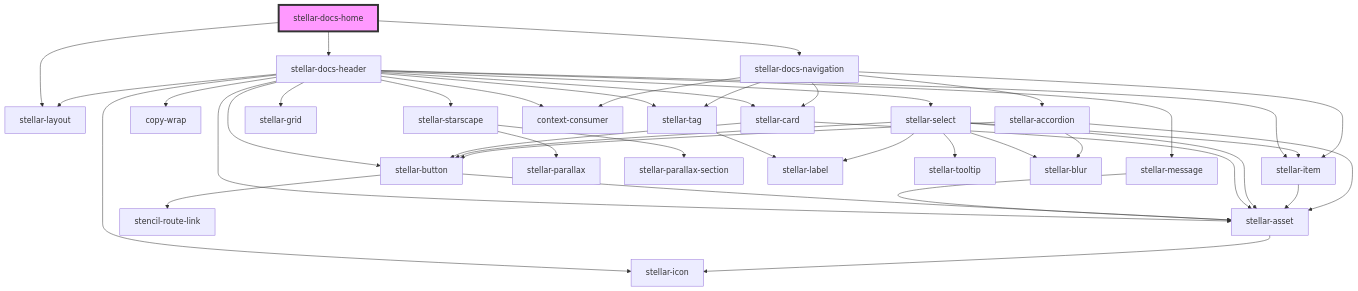
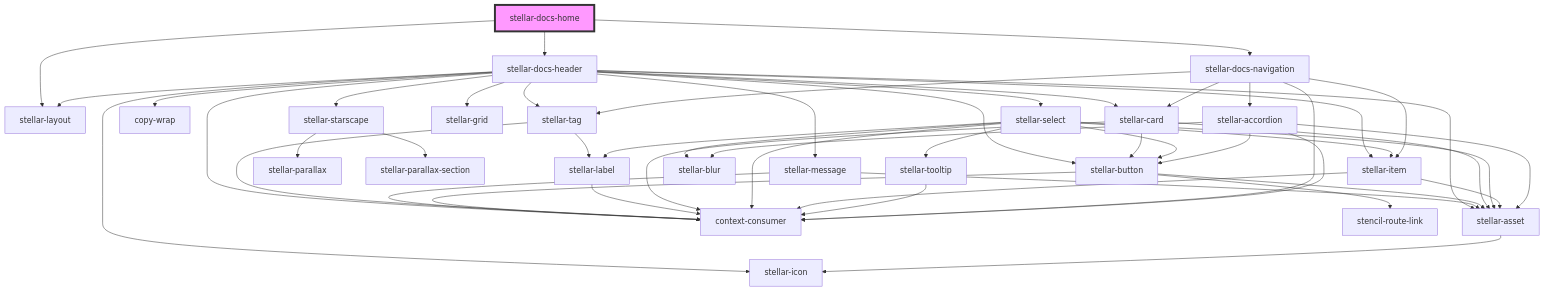
Before and after one commit to splitinfinities/Stellar: the diagram in src/components/docs/home/readme.md, drawn with Mermaid. The commit also changed 44 other files, not shown here.

````diff
--- a/src/components/docs/home/readme.md
+++ b/src/components/docs/home/readme.md
@@ -17,44 +17,53 @@
 ```mermaid
 graph TD;
   stellar-docs-home --> stellar-docs-header
   stellar-docs-home --> stellar-layout
   stellar-docs-home --> stellar-docs-navigation
   stellar-docs-header --> stellar-message
   stellar-docs-header --> stellar-asset
   stellar-docs-header --> stellar-button
   stellar-docs-header --> stellar-layout
   stellar-docs-header --> stellar-starscape
   stellar-docs-header --> copy-wrap
   stellar-docs-header --> stellar-icon
   stellar-docs-header --> stellar-tag
   stellar-docs-header --> stellar-card
   stellar-docs-header --> stellar-grid
   stellar-docs-header --> stellar-select
   stellar-docs-header --> stellar-item
   stellar-docs-header --> context-consumer
   stellar-message --> stellar-asset
+  stellar-message --> context-consumer
   stellar-asset --> stellar-icon
   stellar-button --> stellar-asset
   stellar-button --> stencil-route-link
+  stellar-button --> context-consumer
   stellar-starscape --> stellar-parallax
   stellar-starscape --> stellar-parallax-section
   stellar-tag --> stellar-label
+  stellar-tag --> context-consumer
+  stellar-label --> context-consumer
   stellar-card --> stellar-button
   stellar-card --> stellar-asset
+  stellar-card --> context-consumer
   stellar-select --> stellar-label
   stellar-select --> stellar-button
   stellar-select --> stellar-asset
   stellar-select --> stellar-item
   stellar-select --> stellar-tooltip
   stellar-select --> stellar-blur
+  stellar-select --> context-consumer
   stellar-item --> stellar-asset
+  stellar-item --> context-consumer
+  stellar-tooltip --> context-consumer
   stellar-docs-navigation --> stellar-item
   stellar-docs-navigation --> stellar-card
   stellar-docs-navigation --> stellar-accordion
   stellar-docs-navigation --> stellar-tag
   stellar-docs-navigation --> context-consumer
   stellar-accordion --> stellar-button
   stellar-accordion --> stellar-asset
   stellar-accordion --> stellar-blur
+  stellar-accordion --> context-consumer
   style stellar-docs-home fill:#f9f,stroke:#333,stroke-width:4px
 ```
````
